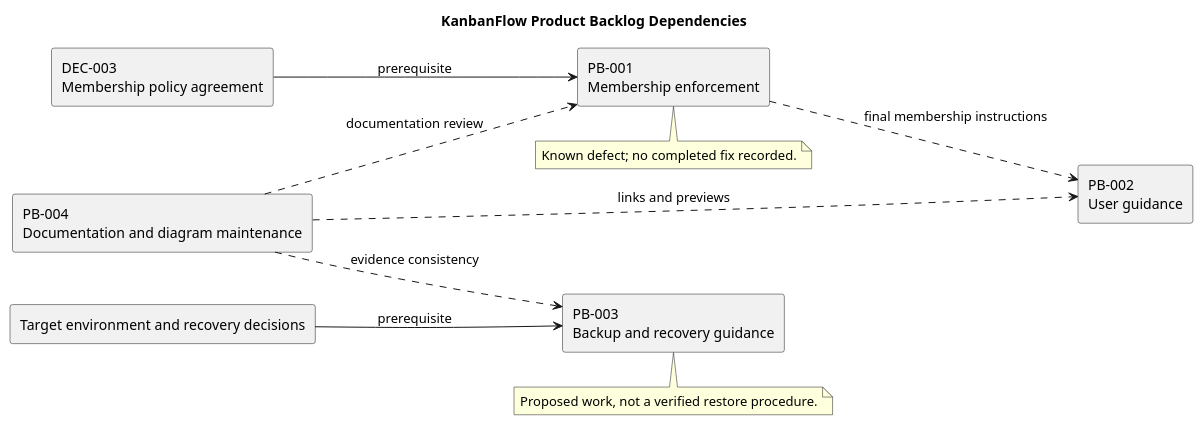
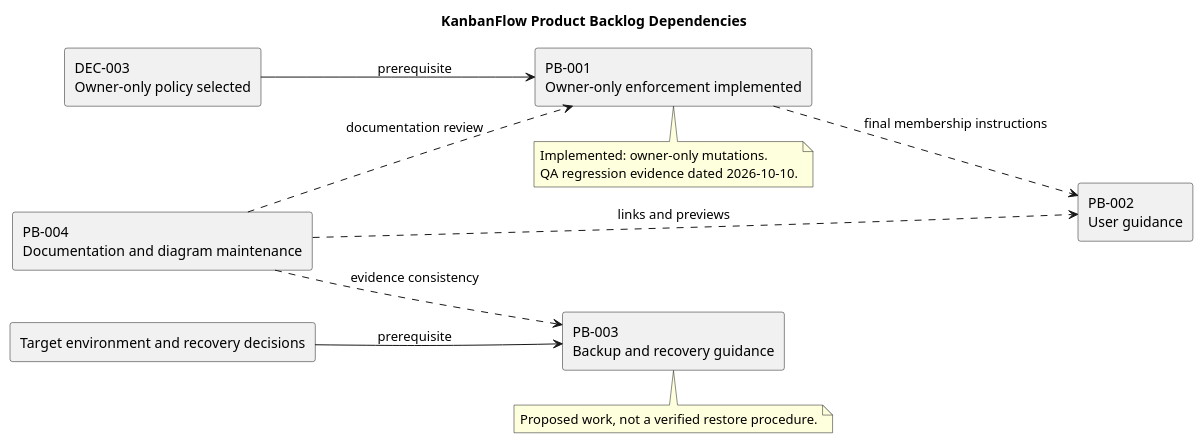
Before and after one commit to Farhad-Valizadegan/Web-KanbanFlow: the diagram in docs/Project-Management/product-backlog.md, drawn with PlantUML. The commit also changed other lines of this file and 127 other files, not shown here.

````diff
--- a/docs/Project-Management/product-backlog.md
+++ b/docs/Project-Management/product-backlog.md
@@ -132,24 +132,25 @@
 ```plantuml
 @startuml
 title KanbanFlow Product Backlog Dependencies
 left to right direction
-rectangle "DEC-003\nMembership policy agreement" as D
-rectangle "PB-001\nMembership enforcement" as P1
+rectangle "DEC-003\nOwner-only policy selected" as D
+rectangle "PB-001\nOwner-only enforcement implemented" as P1
 rectangle "PB-002\nUser guidance" as P2
 rectangle "Target environment and recovery decisions" as O
 rectangle "PB-003\nBackup and recovery guidance" as P3
 rectangle "PB-004\nDocumentation and diagram maintenance" as P4
 D --> P1 : prerequisite
 P1 ..> P2 : final membership instructions
 O --> P3 : prerequisite
 P4 ..> P1 : documentation review
 P4 ..> P2 : links and previews
 P4 ..> P3 : evidence consistency
 note bottom of P1
-Known defect; no completed fix recorded.
+Implemented: owner-only mutations.
+QA regression evidence dated 2026-10-10.
 end note
 note bottom of P3
 Proposed work, not a verified restore procedure.
 end note
 @enduml
 ```
````
